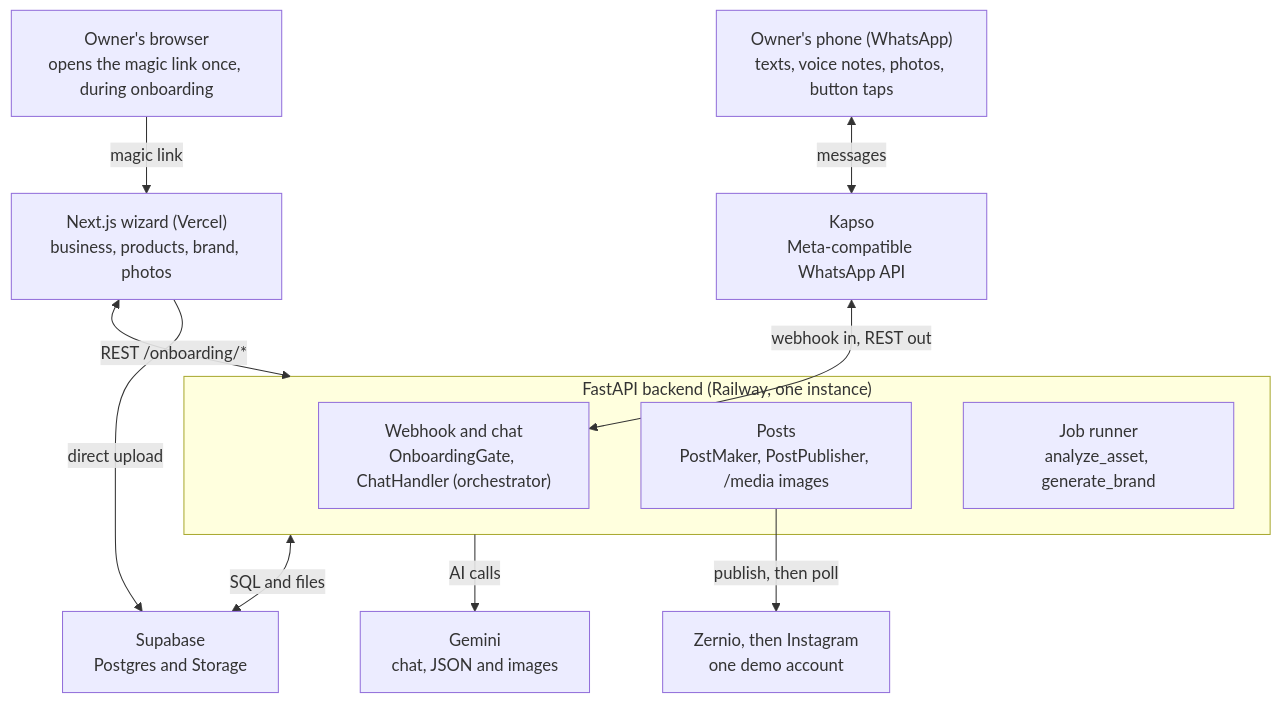
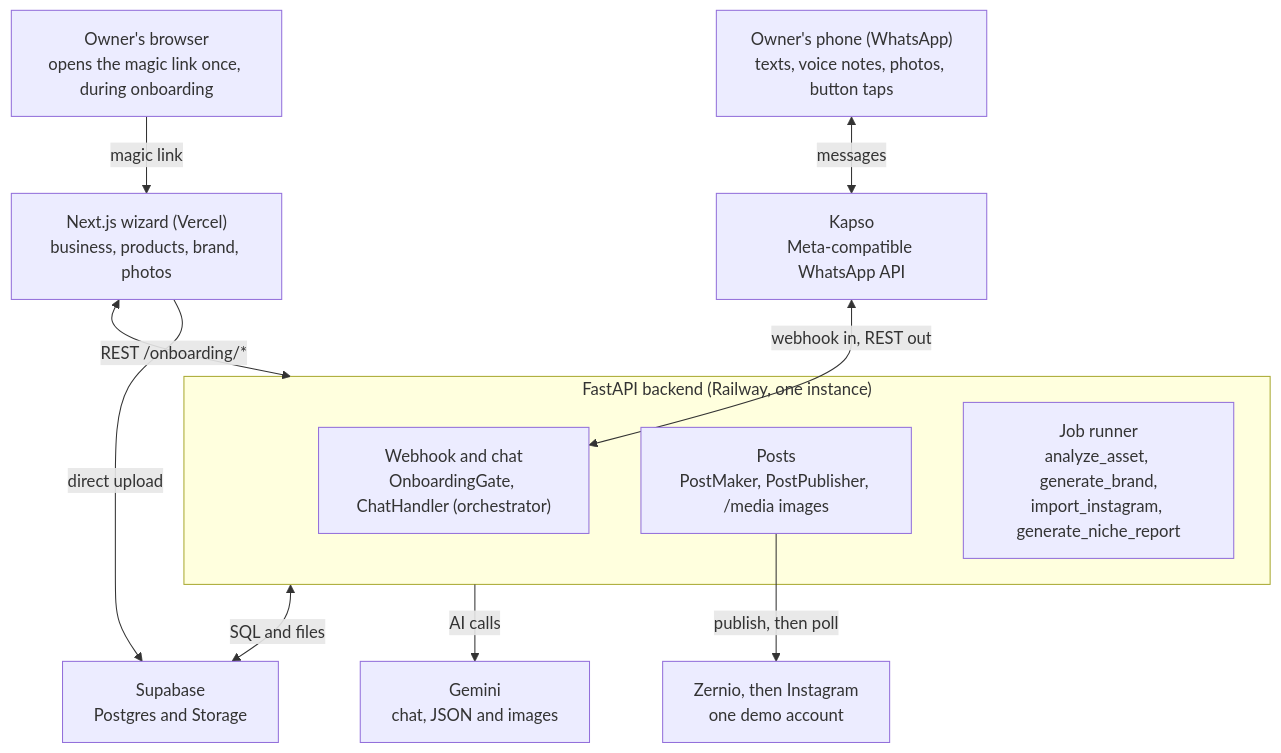
The diagram in docs/architecture/how-it-works.md (guidodinello/build101), drawn with Mermaid before and after one commit. The commit also changed other lines of this file and 31 other files, not shown here.

````diff
--- a/docs/architecture/how-it-works.md
+++ b/docs/architecture/how-it-works.md
@@ -9,26 +9,26 @@
 ```mermaid
 flowchart TB
     phone["Owner's phone (WhatsApp)<br/>texts, voice notes, photos, button taps"]
     browser["Owner's browser<br/>opens the magic link once, during onboarding"]
     kapso["Kapso<br/>Meta-compatible WhatsApp API"]
     wizard["Next.js wizard (Vercel)<br/>business, products, brand, photos"]
 
     subgraph backend["FastAPI backend (Railway, one instance)"]
         chat["Webhook and chat<br/>OnboardingGate, ChatHandler (orchestrator)"]
         posts["Posts<br/>PostMaker, PostPublisher, /media images"]
-        jobs["Job runner<br/>analyze_asset, generate_brand"]
+        jobs["Job runner<br/>analyze_asset, generate_brand,<br/>import_instagram, generate_niche_report"]
     end
 
     gemini["Gemini<br/>chat, JSON and images"]
     zernio["Zernio, then Instagram<br/>one demo account"]
     supabase["Supabase<br/>Postgres and Storage"]
 
     phone <-->|messages| kapso
     browser -->|magic link| wizard
     kapso <-->|webhook in, REST out| chat
     wizard <-->|REST /onboarding/*| backend
     wizard -->|direct upload| supabase
     backend -->|AI calls| gemini
     posts -->|publish, then poll| zernio
     backend <-->|SQL and files| supabase
 ```
````
